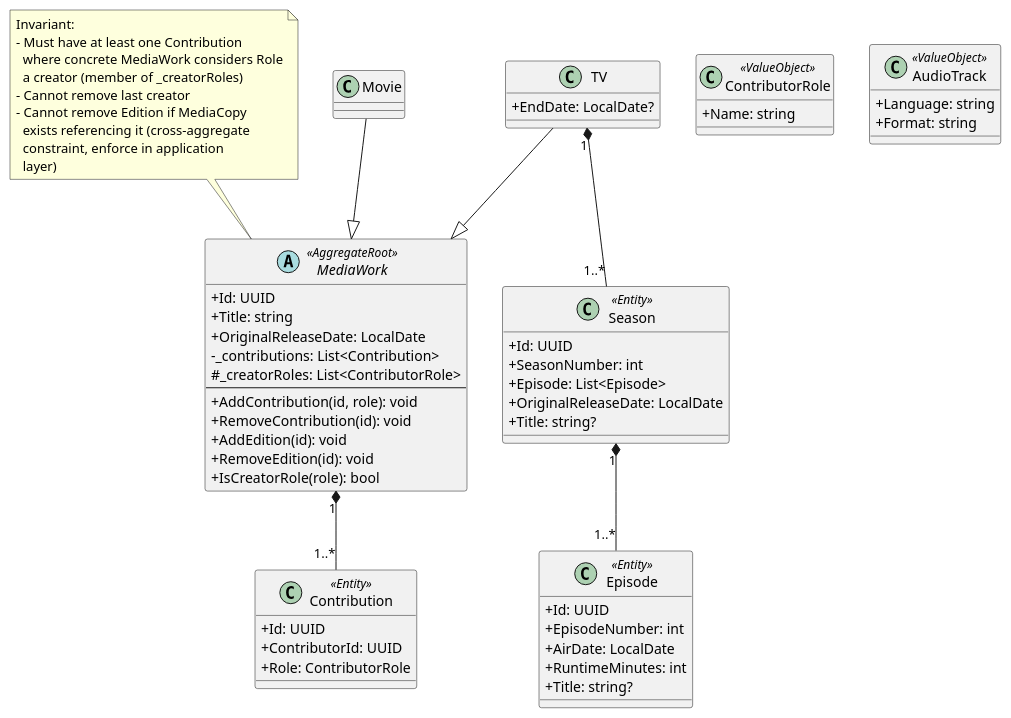
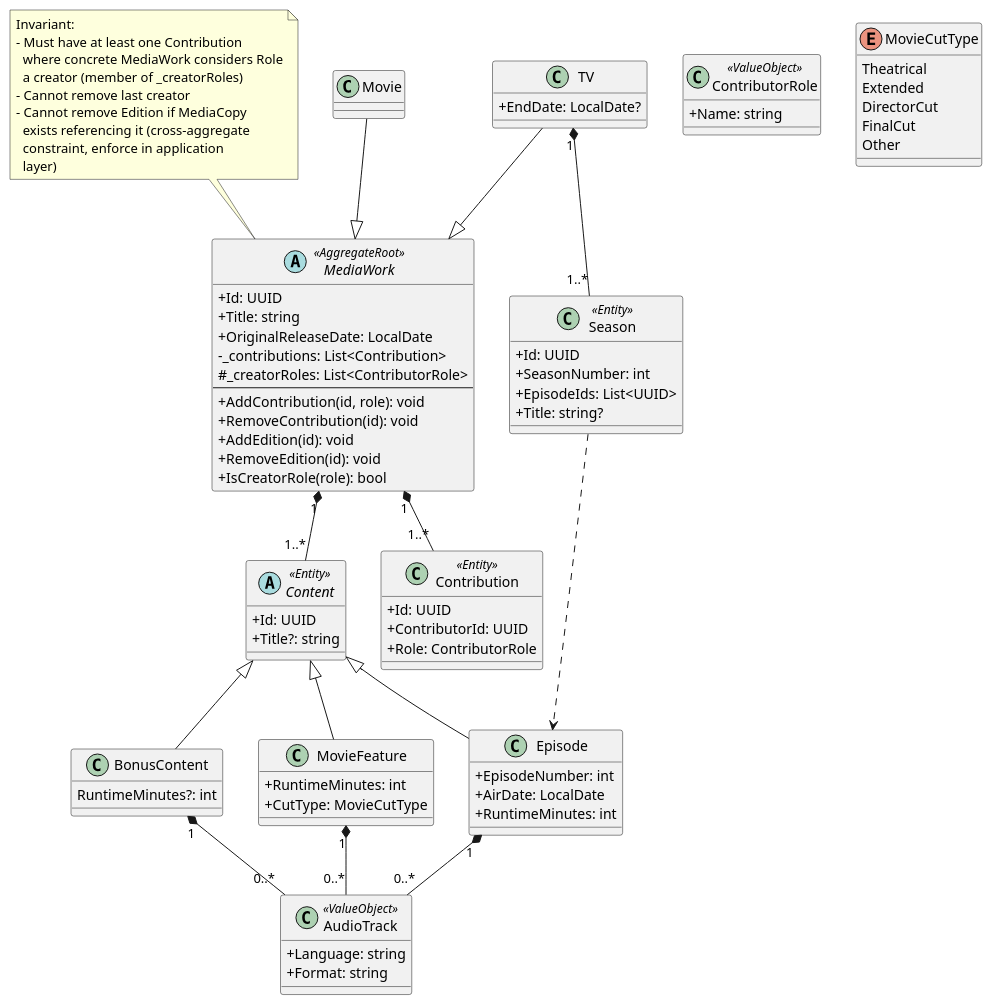
The diagram in docs/uml/domain/domain-media-work.puml (yantue/colleq), drawn with PlantUML before and after one commit. The commit also changed 2 other files, not shown here.

Commit message:
docs: Add abstract Content entity and concretes

```diff
--- a/docs/uml/domain/domain-media-work.puml
+++ b/docs/uml/domain/domain-media-work.puml
@@ -1,80 +1,111 @@
 @startuml
 skinparam classAttributeIconSize 0
 
 ' ===== CORE =====
 abstract class MediaWork <<AggregateRoot>> {
     +Id: UUID
     +Title: string
     +OriginalReleaseDate: LocalDate
     -_contributions: List<Contribution>
     #_creatorRoles: List<ContributorRole>
     --
     +AddContribution(id, role): void
     +RemoveContribution(id): void
     +AddEdition(id): void
     +RemoveEdition(id): void
     +IsCreatorRole(role): bool
 }
 
 note top of MediaWork
 Invariant:
 - Must have at least one Contribution
   where concrete MediaWork considers Role
   a creator (member of _creatorRoles)
 - Cannot remove last creator
 - Cannot remove Edition if MediaCopy
   exists referencing it (cross-aggregate
   constraint, enforce in application
   layer)
 end note
 
+abstract class Content <<Entity>> {
+    +Id: UUID
+    +Title?: string
+}
+
+MediaWork "1" *-- "1..*" Content
+
+class BonusContent {
+    RuntimeMinutes?: int
+}
+
+Content <|-- BonusContent
+
 class Contribution <<Entity>> {
     +Id: UUID
     +ContributorId: UUID
     +Role: ContributorRole
 }
 
 class ContributorRole <<ValueObject>> {
     +Name: string
 }
 
 MediaWork "1" *-- "1..*" Contribution
 
 ' ===== MOVIE =====
-class Movie
+class Movie {}
 
 Movie --|> MediaWork
+
+class MovieFeature {
+    +RuntimeMinutes: int
+    +CutType: MovieCutType
+}
+
+enum MovieCutType {
+    Theatrical
+    Extended
+    DirectorCut
+    FinalCut
+    Other
+}
+
+Content <|-- MovieFeature
 
 ' ===== TV =====
 class TV {
     +EndDate: LocalDate?
 }
 
 TV --|> MediaWork
 
 class Season <<Entity>> {
     +Id: UUID
     +SeasonNumber: int
-    +Episode: List<Episode>
-    +OriginalReleaseDate: LocalDate
+    +EpisodeIds: List<UUID>
     +Title: string?
 }
 
-class Episode <<Entity>> {
-    +Id: UUID
+class Episode {
     +EpisodeNumber: int
     +AirDate: LocalDate
     +RuntimeMinutes: int
-    +Title: string?
 }
 
-Season "1" *-- "1..*" Episode
+Content <|-- Episode
+Season ..> Episode
+
 TV "1" *-- "1..*" Season
 
 ' ===== SHARED =====
 class AudioTrack <<ValueObject>> {
     +Language: string
     +Format: string
 }
 
+MovieFeature "1" *-- "0..*" AudioTrack
+Episode "1" *-- "0..*" AudioTrack
+BonusContent "1" *-- "0..*" AudioTrack
+
 @enduml
```
